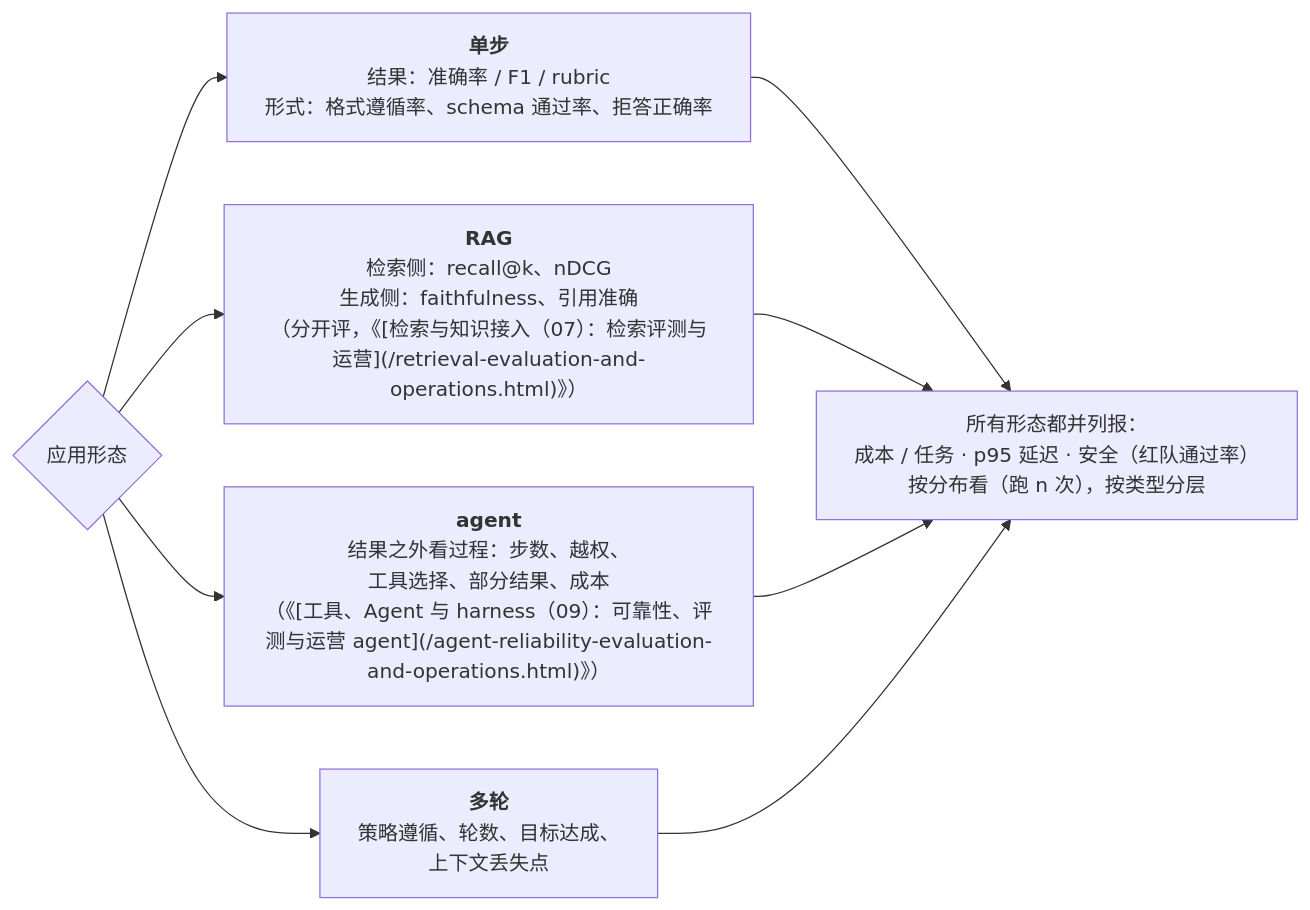
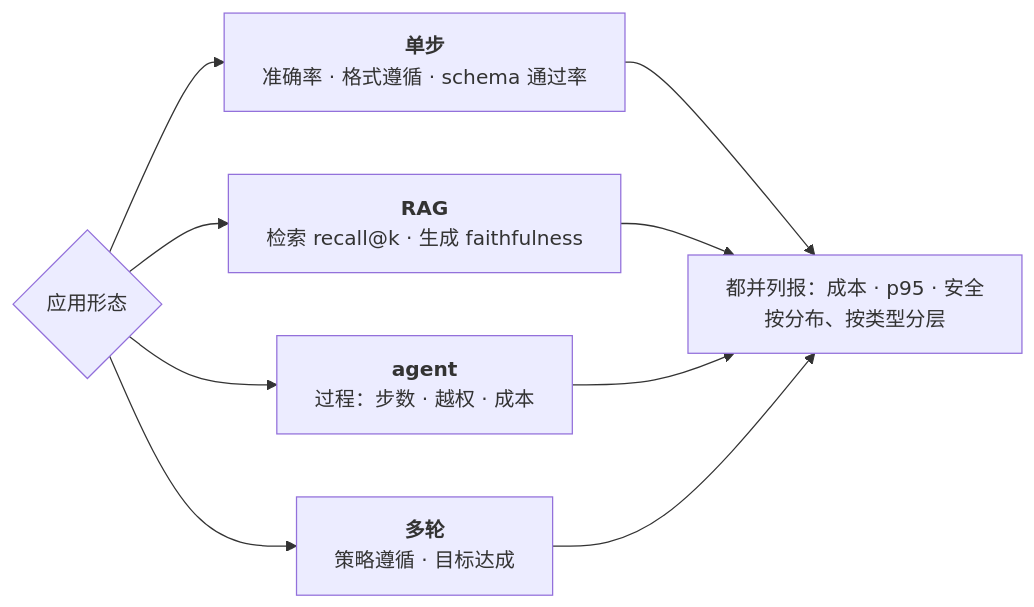
The fourth of 9 diagrams in slides/2026-11-06-evals-and-observability.md (arganzheng/arganzheng.github.com), drawn with Mermaid before and after one commit. The commit also changed other lines of this file, not shown here.

Commit message:
slides/evals-and-observability: cut/shorten mermaid diagrams below 14px rendered text (check-render smalltext/overlap)

````diff
--- a/slides/2026-11-06-evals-and-observability.md
+++ b/slides/2026-11-06-evals-and-observability.md
@@ -120,10 +119,10 @@
 ```mermaid
 %%{init: {"flowchart": {"wrappingWidth": 360}}}%%
 flowchart LR
-    F{"应用形态"} --> S["<b>单步</b><br/>结果：准确率 / F1 / rubric<br/>形式：格式遵循率、schema 通过率、拒答正确率"]
-    F --> RG["<b>RAG</b><br/>检索侧：recall@k、nDCG<br/>生成侧：faithfulness、引用准确<br/>（分开评，《[检索与知识接入（07）：检索评测与运营](/retrieval-evaluation-and-operations.html)》）"]
-    F --> AG["<b>agent</b><br/>结果之外看过程：步数、越权、<br/>工具选择、部分结果、成本<br/>（《[工具、Agent 与 harness（09）：可靠性、评测与运营 agent](/agent-reliability-evaluation-and-operations.html)》）"]
-    F --> MT["<b>多轮</b><br/>策略遵循、轮数、目标达成、<br/>上下文丢失点"]
-    S & RG & AG & MT --> X["所有形态都并列报：<br/>成本 / 任务 · p95 延迟 · 安全（红队通过率）<br/>按分布看（跑 n 次），按类型分层"]
+    F{"应用形态"} --> S["<b>单步</b><br/>准确率 · 格式遵循 · schema 通过率"]
+    F --> RG["<b>RAG</b><br/>检索 recall@k · 生成 faithfulness"]
+    F --> AG["<b>agent</b><br/>过程：步数 · 越权 · 成本"]
+    F --> MT["<b>多轮</b><br/>策略遵循 · 目标达成"]
+    S & RG & AG & MT --> X["都并列报：成本 · p95 · 安全<br/>按分布、按类型分层"]
 
 ```
````
